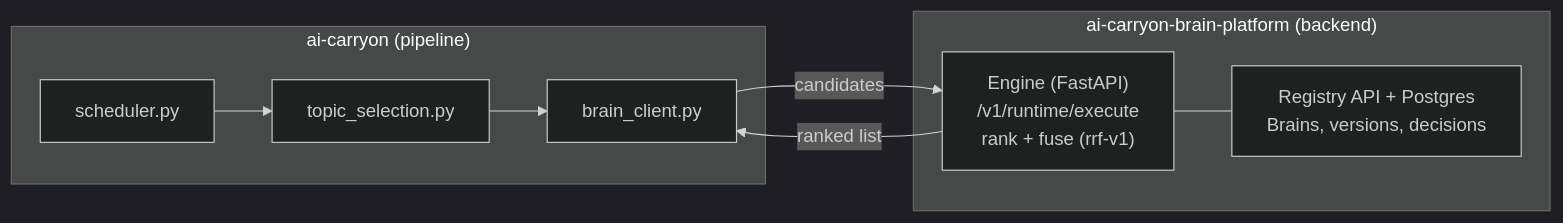
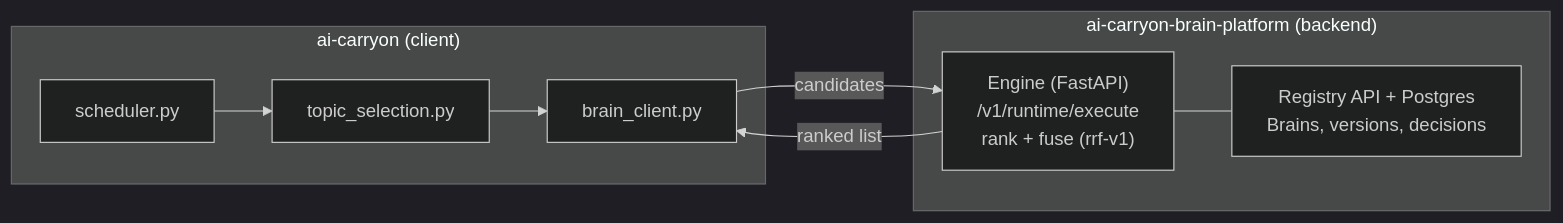
The diagram in README.md (Amit-coder78/ai-carryon-brain-platform), drawn with Mermaid (dark theme) before and after one commit. The commit also changed other lines of this file, not shown here.

````diff
--- a/README.md
+++ b/README.md
@@ -139,13 +23,13 @@
 ```mermaid
 flowchart LR
-    subgraph C["ai-carryon (pipeline)"]
+    subgraph C["ai-carryon (client)"]
         S["scheduler.py"] --> T["topic_selection.py"] --> B["brain_client.py"]
     end
     subgraph P["ai-carryon-brain-platform (backend)"]
         E["Engine (FastAPI)<br/>/v1/runtime/execute<br/>rank + fuse (rrf-v1)"]
         R["Registry API + Postgres<br/>Brains, versions, decisions"]
         E --- R
     end
     B -- "candidates" --> E
     E -- "ranked list" --> B
 ```
````
